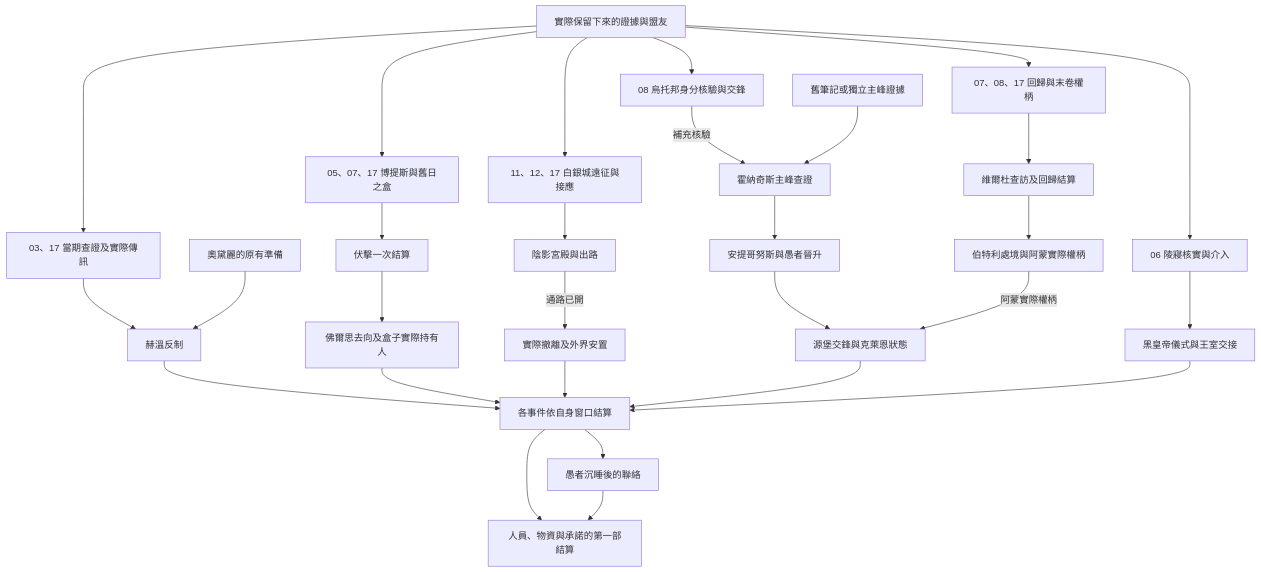
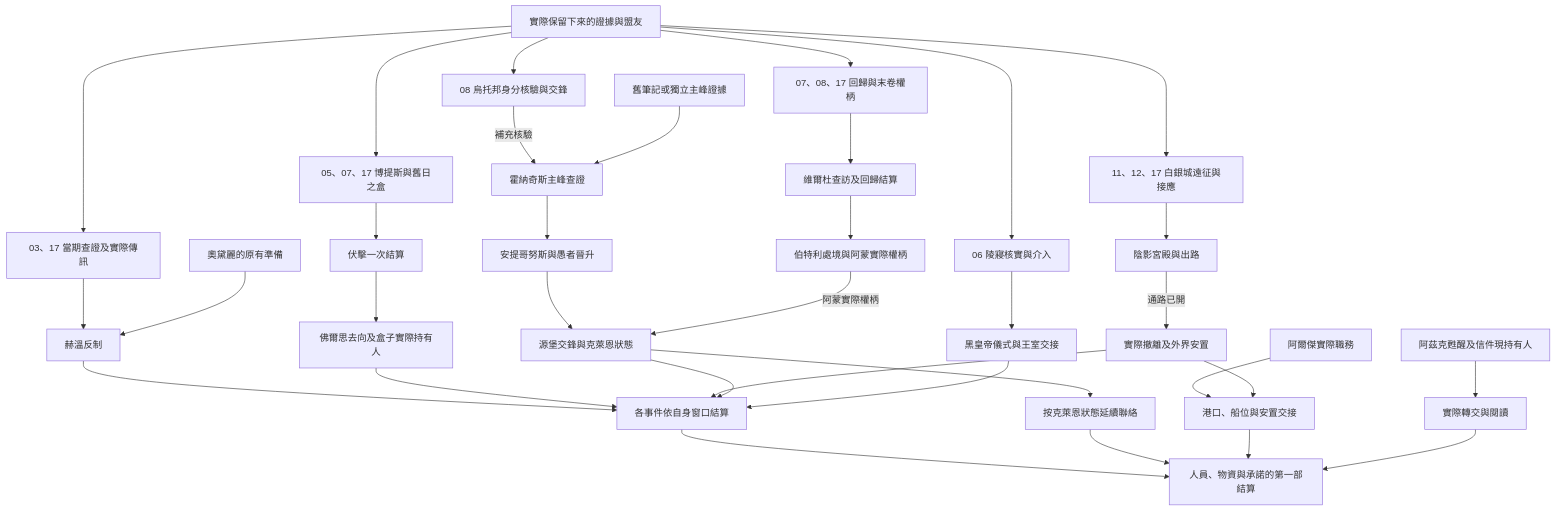
Before and after one commit to dragon961204-cmd/-: the sixth of 7 diagrams in game/events/part_one_story_tree.md, drawn with Mermaid. The commit also changed other lines of this file, not shown here.

Commit message:
第二十九批愚者沉睡後的地方交接 part_one_story_tree.md

````diff
--- a/game/events/part_one_story_tree.md
+++ b/game/events/part_one_story_tree.md
@@ -136,31 +136,36 @@
 ```mermaid
 flowchart TD
     A["實際保留下來的證據與盟友"] --> L["03、17 當期查證及實際傳訊"]
     L --> B["赫溫反制"]
     M["奧黛麗的原有準備"] --> B
     A --> C["05、07、17 博提斯與舊日之盒"]
     A --> D["11、12、17 白銀城遠征與接應"]
     A --> E["07、08、17 回歸與末卷權柄"]
     E --> R["維爾杜查訪及回歸結算"]
     R --> S["伯特利處境與阿蒙實際權柄"]
     B --> F["各事件依自身窗口結算"]
     C --> N["伏擊一次結算"]
     N --> O["佛爾思去向及盒子實際持有人"]
     O --> F
     D --> P["陰影宮殿與出路"]
     P -->|"通路已開"| Q["實際撤離及外界安置"]
     Q --> F
     A --> T["08 烏托邦身分核驗與交鋒"]
     T -->|"補充核驗"| U["霍納奇斯主峰查證"]
     V["舊筆記或獨立主峰證據"] --> U
     U --> W["安提哥努斯與愚者晉升"]
     W --> X["源堡交鋒與克萊恩狀態"]
     S -->|"阿蒙實際權柄"| X
     X --> F
     A --> J["06 陵寢核實與介入"]
     J --> K["黑皇帝儀式與王室交接"]
     K --> F
-    F --> G["愚者沉睡後的聯絡"]
+    X --> G["按克萊恩狀態延續聯絡"]
+    Z["阿爾傑實際職務"] --> AA["港口、船位與安置交接"]
+    Q --> AA
+    AB["阿茲克甦醒及信件現持有人"] --> AC["實際轉交與閱讀"]
     F --> H["人員、物資與承諾的第一部結算"]
     G --> H
+    AA --> H
+    AC --> H
 ```
````
